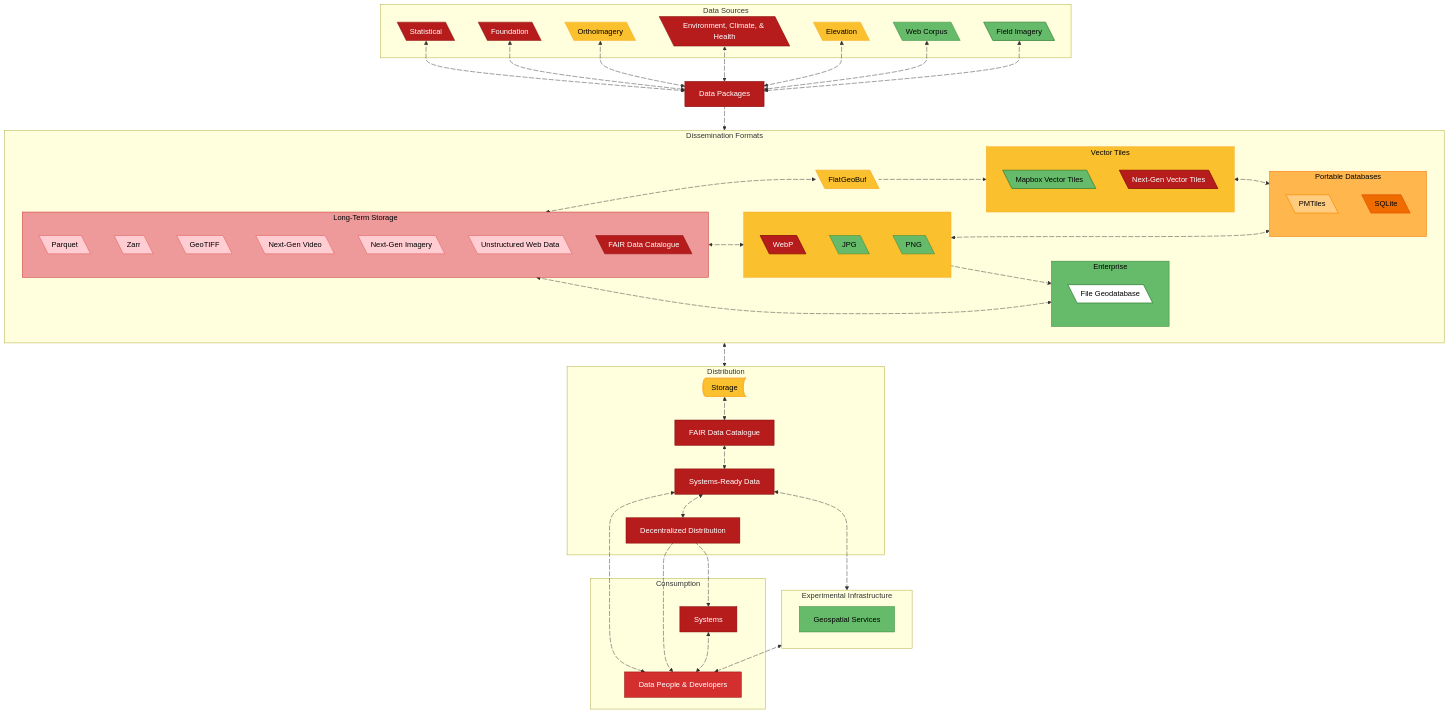
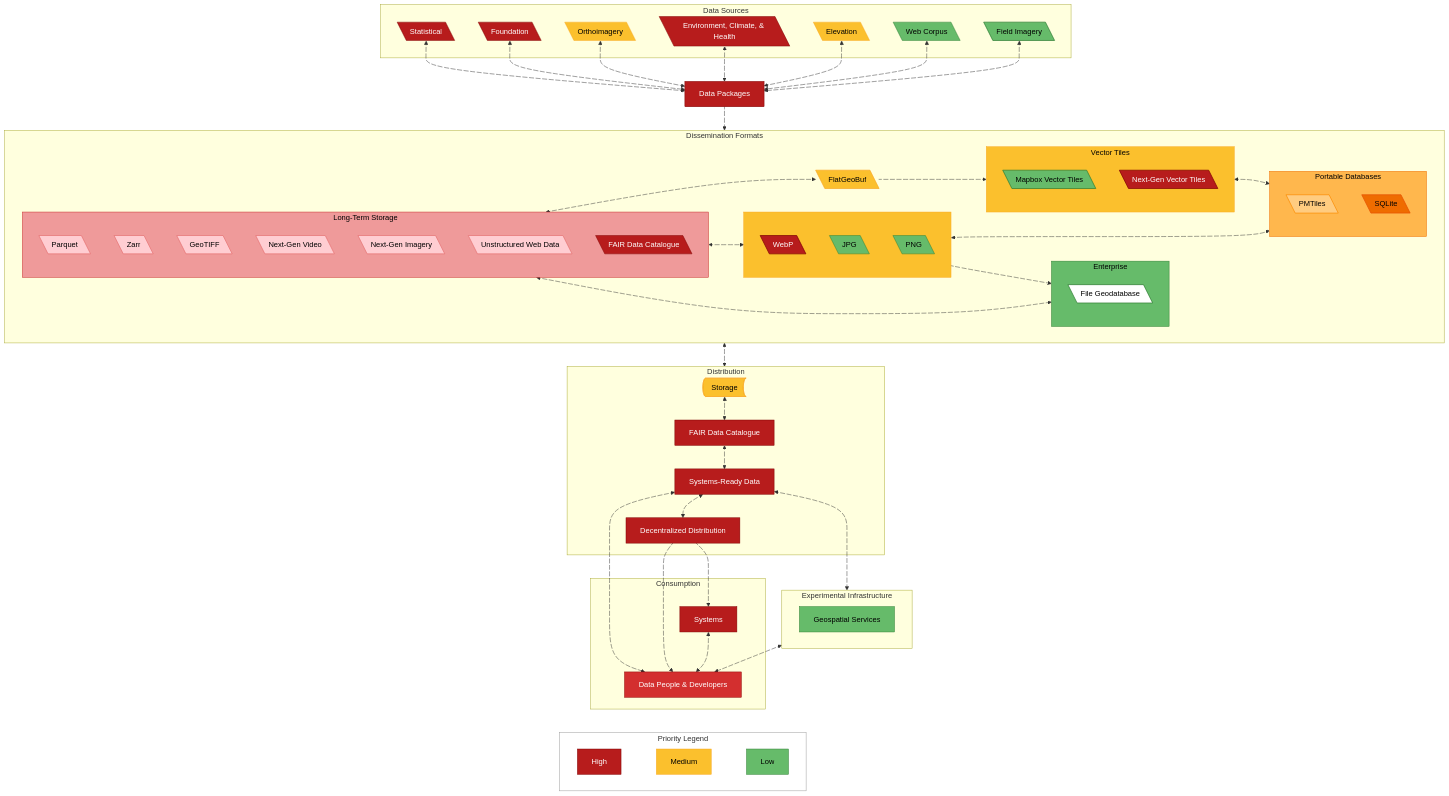
The diagram in high-level-overview-homepage.mermaid (dataforcanada/d4c-service-main-site), drawn with Mermaid before and after one commit. The commit also changed 1 other file, not shown here.

Commit message:
Various improvements to high-level overview diagram on homepage. Still needs lots of improvements

```diff
--- a/high-level-overview-homepage.mermaid
+++ b/high-level-overview-homepage.mermaid
@@ -1,36 +1,22 @@
 flowchart TD
-    classDef linkNode stroke:#0000EE,color:#0000EE,stroke-width:2px;
-    
-    %% ---------------------------------------------------------
-    %% 1. DATA SOURCES
-    %% ---------------------------------------------------------
+    classDef linkNode stroke:#333333,color:#333333,stroke-width:1.5px
+    classDef legendRed fill:#B71C1C,stroke:#7F0000,color:#FFFFFF
+    classDef legendYellow fill:#FBC02D,stroke:#F9A825,color:#000000
+    classDef legendGreen fill:#66BB6A,stroke:#2E7D32,color:#000000
+
     subgraph ds [Data Sources]
         Statistical@{ shape: lean-l}
         Foundation@{ shape: lean-l}
-        EnvironmentClimate@{ shape: lean-l, label: "Environment, Climate, & Health"}
-        style EnvironmentClimate fill:#B71C1C,stroke:#7F0000,color:#FFFFFF
+        EnvClimate@{ shape: lean-l, label: "Environment, Climate, & Health"}
         Orthoimagery@{ shape: lean-l}
-        style Orthoimagery fill:#FBC02D,stroke:#F9A825,color:#000000
         FieldImagery@{ shape: lean-l, label: "Field Imagery"}
-        style FieldImagery fill:#66BB6A,stroke:#2E7D32,color:#000000
-        %% My little secret, this is one of my highest priorities, but I have to learn more about how Internet Archive does the job and improve it. They do it way too inneficiently (ex. capture a webpage hundreds of times per day), and they don't allow capturing from multiple locations. A webpage can be served differently depending on IP level data, corporate proxies, when you control certificates, etc
         WebCorpus@{ shape: lean-l, label: "Web Corpus"}
-        style WebCorpus fill:#66BB6A,stroke:#2E7D32,color:#000000
         Elevation@{ shape: lean-l}
-        style Elevation fill:#FBC02D,stroke:#F9A825,color:#000000
     end
 
-    %% ---------------------------------------------------------
-    %% 3. PROCESSING PIPELINE
-    %% ---------------------------------------------------------
-    DataforCanadaPackagesCollection@{ shape: rect, label: "Data Packages"}
+    DataPkgs@{ shape: rect, label: "Data Packages"}
 
-    %% ---------------------------------------------------------
-    %% 4. DISSEMINATION FORMATS
-    %% ---------------------------------------------------------
     subgraph df [Dissemination Formats]
-        
-        %% Box: Long-Term Storage (Pastel Gold)
         subgraph sot [Long-Term Storage]
             Parquet@{ shape: lean-l}
             Zarr@{ shape: lean-l}
@@ -38,216 +24,180 @@
             AV1@{ shape: lean-l, label: "Next-Gen Video"}
             JPEGXL@{ shape: lean-l, label: "Next-Gen Imagery"}
             WARC@{ shape: lean-l, label: "Unstructured Web Data"}
-            FAIRDataDis@{ shape: lean-l, label: "FAIR Data Catalogue"}
+            FAIRCat@{ shape: lean-l, label: "FAIR Data Catalogue"}
         end
 
-        %% Intermediate format (Standalone)
         FlatGeoBuf@{ shape: lean-l}
 
-        %% Box: Vector Tiles (Pastel Orange)
         subgraph vt [Vector Tiles]
             VectorTiles@{ shape: lean-l, label: "Mapbox Vector Tiles"}
-            style VectorTiles fill:#66BB6A,stroke:#2E7D32,color:#000000
-            NextGenVectorTiles@{ shape: lean-l, label: "Next-Gen Vector Tiles"}
-            style NextGenVectorTiles fill:#B71C1C,stroke:#7F0000,color:#FFFFFF
+            NextGenVT@{ shape: lean-l, label: "Next-Gen Vector Tiles"}
         end
 
-        %% Box: Visuals (Pastel Blue - No Name)
         subgraph visuals [" "]
-            %% AVIF is not an option since QGIS does not seem to support it (I was surprised when my generated file was not compatible)
             WebP@{ shape: lean-l}
-            style WebP fill:#B71C1C,stroke:#7F0000,color:#FFFFFF
             JPG@{ shape: lean-l}
-            style JPG fill:#66BB6A,stroke:#2E7D32,color:#000000
             PNG@{ shape: lean-l}
-            style PNG fill:#66BB6A,stroke:#2E7D32,color:#000000
         end
 
-        %% Box: Portable Databases (Pastel Green)
         subgraph pkg [Portable Databases]
-            %% Good format, but has some issues. I encountered issues when merging multiple adjoining PMTile files, the author is aware of these issues
             PMTiles@{ shape: lean-l}
-            %% Compatability with every OS. 
-            %% Fun fact, you don't even need an OS for running SQLite 
-            %% https://sqlite.org/selfcontained.html
             SQLite@{ shape: lean-l}
         end
 
-        %% Box: Enterprise (Pastel Purple)
         subgraph ent [Enterprise]
-            FileGeodatabase@{shape: lean-l, label: "File Geodatabase"}
-            style FileGeodatabase fill:#fff,stroke:#2E7D32,color:#000000
+            FileGDB@{shape: lean-l, label: "File Geodatabase"}
         end
     end
 
-    %% ---------------------------------------------------------
-    %% 5. DISTRIBUTION INFRASTRUCTURE
-    %% ---------------------------------------------------------
     subgraph di [Distribution]
-        %% My goals involve going beyond object storage, so use generic term
-        ObjectStorage@{ shape: bow-rect, label: "Storage"}
-        style ObjectStorage fill:#FBC02D,stroke:#F9A825,color:#000000
+        ObjStorage@{ shape: bow-rect, label: "Storage"}
         Metadata@{ shape: rect, label: "FAIR Data Catalogue"}
         HTTP@{ shape: rect, label: "Systems-Ready Data"}
-        DecentralizedDistribution@{ shape: rect, label: "Decentralized Distribution"}
+        DecenDist@{ shape: rect, label: "Decentralized Distribution"}
     end
 
-    %% ---------------------------------------------------------
-    %% 6. EXPERIMENTAL INFRASTRUCTURE
-    %% ---------------------------------------------------------
     subgraph ei [Experimental Infrastructure]
-        GeoSpatialServices@{ shape: rect, label: "Geospatial Services"}
-        %% Does not make sense. Focus on delivering the data 
-        style GeoSpatialServices fill:#66BB6A,stroke:#2E7D32,color:#000000
+        GeoServices@{ shape: rect, label: "Geospatial Services"}
     end
 
-    %% ---------------------------------------------------------
-    %% 7. CONSUMPTION
-    %% ---------------------------------------------------------
-    subgraph "Consumption"
+    subgraph consumption [Consumption]
         DataSci@{ shape: rect, label: "Data People & Developers"}
         Systems@{ shape: rect, label: "Systems"}
     end
 
-    %% =========================================================
-    %% RELATIONSHIPS
-    %% =========================================================
+    Statistical e1@<--> DataPkgs
+    e1@{animate: true, animation: slow}
+    Foundation e2@<--> DataPkgs
+    e2@{animate: true, animation: slow}
+    Orthoimagery e3@<--> DataPkgs
+    e3@{animate: true, animation: slow}
+    EnvClimate e4@<--> DataPkgs
+    e4@{animate: true, animation: fast}
+    Elevation e5@<--> DataPkgs
+    e5@{animate: true, animation: slow}
+    WebCorpus e6@<--> DataPkgs
+    e6@{animate: true, animation: fast}
+    FieldImagery e7@<--> DataPkgs
+    e7@{animate: true, animation: fast}
 
-    %% Data Sources <--> Data for Canada Packages Collection (Box)
-    Statistical a1@<--> DataforCanadaPackagesCollection
-    a1@{animate: true, animation: slow}
-    Foundation a2@<--> DataforCanadaPackagesCollection
-    a2@{animate: true, animation: slow}
-    Orthoimagery a3@<--> DataforCanadaPackagesCollection
-    a3@{animate: true, animation: slow}
-    EnvironmentClimate a5@<--> DataforCanadaPackagesCollection
-    a5@{animate: true, animation: fast}
-    Elevation a6@<--> DataforCanadaPackagesCollection
-    a6@{animate: true, animation: slow}
-    WebCorpus a7@<--> DataforCanadaPackagesCollection
-    a7@{animate: true, animation: fast}
-    %% Last as there are potential complications with implementation
-    FieldImagery a4@<--> DataforCanadaPackagesCollection
-    a4@{animate:true, animation: fast}
+    DataPkgs e8@--> df
+    e8@{animate: true, animation: fast}
 
-    DataforCanadaPackagesCollection a10@--> df
-    a10@{animate: true, animation: fast}
+    sot e9@<--> FlatGeoBuf
+    e9@{animate: true, animation: fast}
 
-    %% Long-Term Storage --> FlatGeoBuf
-    sot a10000@<--> FlatGeoBuf
-    a10000@{animate: true, animation: fast}
-    
-    %% FlatGeoBuf --> Vector Tiles (Box)
-    FlatGeoBuf a11@--> vt
-    a11@{animate: true, animation: fast}
+    FlatGeoBuf e10@--> vt
+    e10@{animate: true, animation: fast}
 
-    %% Long-Term Storage <--> Visuals (Box)
-    sot a12@<--> visuals
-    a12@{animate: true, animation: slow}
+    sot e11@<--> visuals
+    e11@{animate: true, animation: slow}
 
-    %% Vector Tiles --> Portable Databases (Box)
-    vt a90@<--> pkg
-    a90@{animate: true, animation: fast}
+    vt e12@<--> pkg
+    e12@{animate: true, animation: fast}
 
-    %% Visuals --> Portable Databases (Box)
-    visuals a93@<--> pkg
-    a93@{animate: true, animation: slow}
+    visuals e13@<--> pkg
+    e13@{animate: true, animation: slow}
 
-    %% Long-Term Storage --> Enterprise (Box)
-    sot a100@<--> ent
-    a100@{animate: true, animation: slow}
+    sot e14@<--> ent
+    e14@{animate: true, animation: slow}
 
-    %% Visuals --> Enterprise (Box)
-    visuals a102@--> ent
-    a102@{animate: true, animation: slow}
+    visuals e15@--> ent
+    e15@{animate: true, animation: slow}
 
-    %% Dissemination Formats --> Distribution Infrastructure
-    df a13@<--> di
-    a13@{animate: true, animation: slow}
+    df e16@<--> di
+    e16@{animate: true, animation: slow}
 
-    %% Distribution Infrastructure Flow
-    ObjectStorage a15@<--> Metadata
-    a15@{animate: true, animation: slow}
-    Metadata a16@<--> HTTP
-    a16@{animate: true, animation: slow}
-    
-    HTTP a17@<--> ei
-    a17@{animate: true, animation: slow}
-    HTTP a18@<--> DecentralizedDistribution
-    a18@{animate: true, animation: slow}
-    HTTP a19@<--> DataSci
-    a19@{animate: true, animation: slow}
-    
-    DecentralizedDistribution a20@--> Systems
-    a20@{animate: true, animation: fast}
-    DecentralizedDistribution a21@--> DataSci
-    a21@{animate: true, animation: fast}
-    
-    Systems a22@ <--> DataSci
-    a22@{animate: true, animation: fast}
-    ei a23@ <--> DataSci
-    a23@{animate: true, animation: slow}
+    ObjStorage e17@<--> Metadata
+    e17@{animate: true, animation: slow}
+    Metadata e18@<--> HTTP
+    e18@{animate: true, animation: slow}
 
-    %% =========================================================
-    %% STYLING
-    %% =========================================================
+    HTTP e19@<--> ei
+    e19@{animate: true, animation: slow}
+    HTTP e20@<--> DecenDist
+    e20@{animate: true, animation: slow}
+    HTTP e21@<--> DataSci
+    e21@{animate: true, animation: slow}
 
-classDef linkNode stroke:#333333,color:#333333,stroke-width:1.5px;
+    DecenDist e22@--> Systems
+    e22@{animate: true, animation: fast}
+    DecenDist e23@--> DataSci
+    e23@{animate: true, animation: fast}
 
-style DataforCanadaPackagesCollection fill:#B71C1C,stroke:#7F0000,color:#FFFFFF
-style FAIRDataDis fill:#B71C1C,stroke:#7F0000,color:#FFFFFF
-style DecentralizedDistribution fill:#B71C1C,stroke:#7F0000,color:#FFFFFF
-style HTTP fill:#B71C1C,stroke:#7F0000,color:#FFFFFF
-style Systems fill:#B71C1C,stroke:#7F0000,color:#FFFFFF
-style Metadata fill:#B71C1C,stroke:#7F0000,color:#FFFFFF
-style Statistical fill:#B71C1C,stroke:#7F0000,color:#FFFFFF
-style Foundation fill:#B71C1C,stroke:#7F0000,color:#FFFFFF
+    Systems e24@<--> DataSci
+    e24@{animate: true, animation: fast}
+    ei e25@<--> DataSci
+    e25@{animate: true, animation: slow}
 
-%%style df fill:#D32F2F,stroke:#8E0000,color:#FFFFFF
-style sot fill:#EF9A9A,stroke:#C62828,color:#000000
+    consumption ~~~ legend
+    subgraph legend [Priority Legend]
+        direction LR
+        L1[High]:::legendRed ~~~ L2[Medium]:::legendYellow ~~~ L3[Low]:::legendGreen
+    end
 
-style Parquet fill:#FFCDD2,stroke:#E57373,color:#000000
-style Zarr fill:#FFCDD2,stroke:#E57373,color:#000000
-style GeoTIFF fill:#FFCDD2,stroke:#E57373,color:#000000
-style JPEGXL fill:#FFCDD2,stroke:#E57373,color:#000000
-style WARC fill:#FFCDD2,stroke:#E57373,color:#000000
-style AV1 fill:#FFCDD2,stroke:#E57373,color:#000000
+    style EnvClimate fill:#B71C1C,stroke:#7F0000,color:#FFFFFF
+    style Orthoimagery fill:#FBC02D,stroke:#F9A825,color:#000000
+    style FieldImagery fill:#66BB6A,stroke:#2E7D32,color:#000000
+    style WebCorpus fill:#66BB6A,stroke:#2E7D32,color:#000000
+    style Elevation fill:#FBC02D,stroke:#F9A825,color:#000000
 
-style pkg fill:#FFB74D,stroke:#EF6C00,color:#000000
-style SQLite fill:#EF6C00,stroke:#E65100,color:#000000
-style PMTiles fill:#FFCC80,stroke:#FB8C00,color:#000000
+    style VectorTiles fill:#66BB6A,stroke:#2E7D32,color:#000000
+    style NextGenVT fill:#B71C1C,stroke:#7F0000,color:#FFFFFF
+    style WebP fill:#B71C1C,stroke:#7F0000,color:#FFFFFF
+    style JPG fill:#66BB6A,stroke:#2E7D32,color:#000000
+    style PNG fill:#66BB6A,stroke:#2E7D32,color:#000000
+    style FileGDB fill:#fff,stroke:#2E7D32,color:#000000
+    style GeoServices fill:#66BB6A,stroke:#2E7D32,color:#000000
+    style ObjStorage fill:#FBC02D,stroke:#F9A825,color:#000000
 
-style vt fill:#FBC02D,stroke:#F9A825,color:#000000
-style FlatGeoBuf fill:#FBC02D,stroke:#F9A825,color:#000000
+    style DataPkgs fill:#B71C1C,stroke:#7F0000,color:#FFFFFF
+    style FAIRCat fill:#B71C1C,stroke:#7F0000,color:#FFFFFF
+    style DecenDist fill:#B71C1C,stroke:#7F0000,color:#FFFFFF
+    style HTTP fill:#B71C1C,stroke:#7F0000,color:#FFFFFF
+    style Systems fill:#B71C1C,stroke:#7F0000,color:#FFFFFF
+    style Metadata fill:#B71C1C,stroke:#7F0000,color:#FFFFFF
+    style Statistical fill:#B71C1C,stroke:#7F0000,color:#FFFFFF
+    style Foundation fill:#B71C1C,stroke:#7F0000,color:#FFFFFF
 
-style visuals fill:#FBC02D,stroke:#F9A825,color:#000000
+    style sot fill:#EF9A9A,stroke:#C62828,color:#000000
+    style Parquet fill:#FFCDD2,stroke:#E57373,color:#000000
+    style Zarr fill:#FFCDD2,stroke:#E57373,color:#000000
+    style GeoTIFF fill:#FFCDD2,stroke:#E57373,color:#000000
+    style JPEGXL fill:#FFCDD2,stroke:#E57373,color:#000000
+    style WARC fill:#FFCDD2,stroke:#E57373,color:#000000
+    style AV1 fill:#FFCDD2,stroke:#E57373,color:#000000
 
-style ent fill:#66BB6A,stroke:#2E7D32,color:#000000
-style DataSci fill:#D32F2F,stroke:#8E0000,color:#FFFFFF
+    style pkg fill:#FFB74D,stroke:#EF6C00,color:#000000
+    style SQLite fill:#EF6C00,stroke:#E65100,color:#000000
+    style PMTiles fill:#FFCC80,stroke:#FB8C00,color:#000000
 
+    style vt fill:#FBC02D,stroke:#F9A825,color:#000000
+    style FlatGeoBuf fill:#FBC02D,stroke:#F9A825,color:#000000
+    style visuals fill:#FBC02D,stroke:#F9A825,color:#000000
 
-class FieldImagery linkNode
-class Parquet,FlatGeoBuf,SQLite,FileGeodatabase,VectorTiles,NextGenVectorTiles,GeoTIFF,Zarr,WebP,PMTiles,JPEGXL,AV1,WARC linkNode
+    style ent fill:#66BB6A,stroke:#2E7D32,color:#000000
+    style DataSci fill:#D32F2F,stroke:#8E0000,color:#FFFFFF
 
-    %% =========================================================
-    %% CLICK ACTIONS
-    %% =========================================================
-    click DataforCanadaPackagesCollection "https://github.com/dataforcanada/d4c-pkgs" _blank
+    style legend fill:none,stroke:#999,stroke-width:1px
 
+    class FieldImagery linkNode
+    class Parquet,FlatGeoBuf,SQLite,FileGDB,VectorTiles,NextGenVT,GeoTIFF,Zarr,WebP,PMTiles,JPEGXL,AV1,WARC linkNode
+
+    click DataPkgs "https://github.com/dataforcanada/d4c-pkgs" _blank
     click Foundation "https://github.com/dataforcanada/d4c-datapkg-foundation" _blank
     click Statistical "https://github.com/dataforcanada/d4c-datapkg-statistical" _blank
     click Orthoimagery "https://github.com/dataforcanada/d4c-datapkg-orthoimagery" _blank
     click FieldImagery "https://github.com/dataforcanada/d4c-datapkg-field-imagery" _blank
-    click EnvironmentClimate "https://github.com/dataforcanada/d4c-datapkg-environment-climate-health" _blank
+    click EnvClimate "https://github.com/dataforcanada/d4c-datapkg-environment-climate-health" _blank
     click Elevation "https://github.com/dataforcanada/d4c-datapkg-elevation" _blank
     click WebCorpus "https://github.com/dataforcanada/d4c-datapkg-web-corpus" _blank
-
     click Parquet "https://github.com/apache/parquet-format/" _blank
     click FlatGeoBuf "https://flatgeobuf.org/" _blank
     click SQLite "https://www.geopackage.org/" _blank
-    click FileGeodatabase "https://gdal.org/en/stable/drivers/vector/openfilegdb.html" _blank
+    click FileGDB "https://gdal.org/en/stable/drivers/vector/openfilegdb.html" _blank
     click VectorTiles "https://github.com/mapbox/vector-tile-spec/" _blank
-    click NextGenVectorTiles "https://github.com/maplibre/maplibre-tile-spec/" _blank
+    click NextGenVT "https://github.com/maplibre/maplibre-tile-spec/" _blank
     click GeoTIFF "https://cogeo.org/" _blank
     click Zarr "https://github.com/zarr-developers/geozarr-spec/" _blank
     click WebP "https://developers.google.com/speed/webp/" _blank
@@ -255,9 +205,7 @@
     click JPEGXL "https://jpeg.org/jpegxl/" _blank
     click AV1 "https://aomedia.org/specifications/av1/" _blank
     click WARC "https://github.com/iipc/warc-specifications/" _blank
-    click FAIRDataDis "https://stac-utils.github.io/stac-geoparquet/latest/spec/stac-geoparquet-spec/" _blank
-
+    click FAIRCat "https://stac-utils.github.io/stac-geoparquet/latest/spec/stac-geoparquet-spec/" _blank
     click HTTP "https://www.dataforcanada.org/docs/" _blank
-    click DecentralizedDistribution "https://www.dataforcanada.org/docs/dissemination/" _blank
+    click DecenDist "https://www.dataforcanada.org/docs/d4c-infra-distribution/" _blank
     click Metadata "https://stac-utils.github.io/stac-geoparquet/latest/spec/stac-geoparquet-spec/" _blank
-    click GeoSpatialServices "https://github.com/dataforcanada/geo-services-labs/" _blank
```
